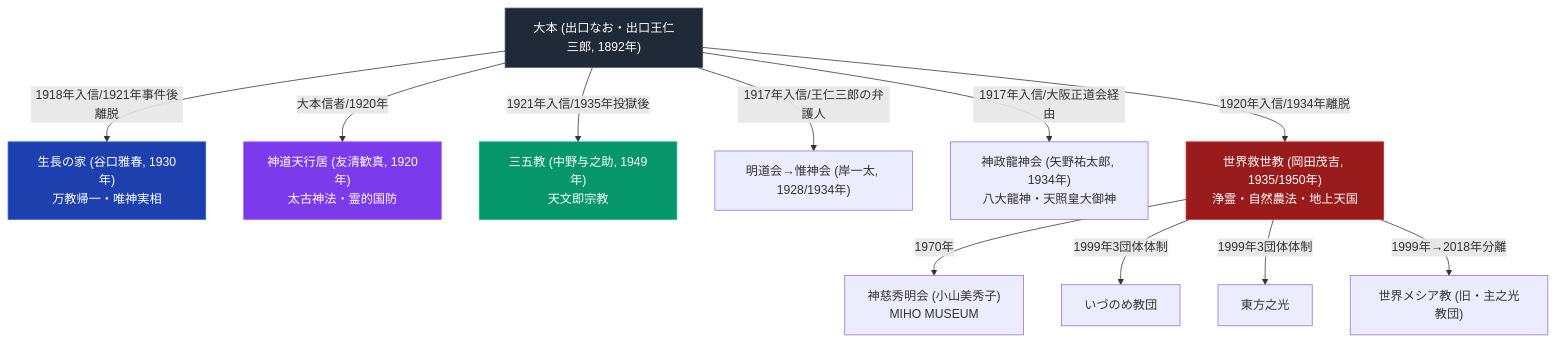
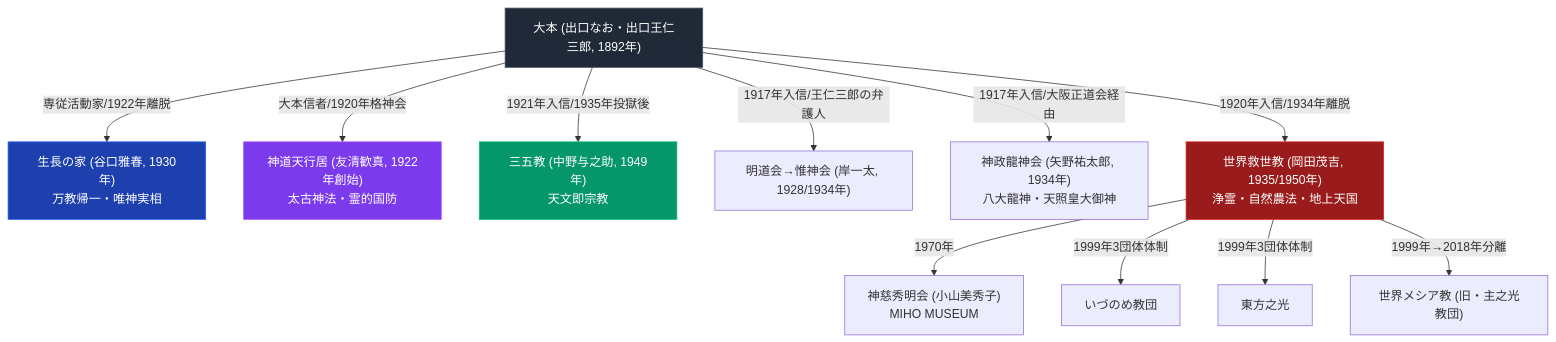
One commit to iida-masashi/religion-garden changed the diagram in content/01_宗派・異端研究/08_比較・史論・ハブ/大本系諸派の教義比較マトリクス.md. Above: the diagram before and after it, drawn with Mermaid. The commit also changed other lines of this file and 251 other files, not shown here.

````diff
--- a/content/01_宗派・異端研究/08_比較・史論・ハブ/大本系諸派の教義比較マトリクス.md
+++ b/content/01_宗派・異端研究/08_比較・史論・ハブ/大本系諸派の教義比較マトリクス.md
@@ -22,19 +24,19 @@
 ```mermaid
 graph TD
-    O["<div style='color:#ffffff;'>大本 (出口なお・出口王仁三郎, 1892年)</div>"] -->|1918年入信/1921年事件後離脱| SN["<div style='color:#ffffff;'>生長の家 (谷口雅春, 1930年)<br>万教帰一・唯神実相</div>"]
-    O -->|大本信者/1920年| TK["<div style='color:#ffffff;'>神道天行居 (友清歓真, 1920年)<br>太古神法・霊的国防</div>"]
+    O["<div style='color:#ffffff;'>大本 (出口なお・出口王仁三郎, 1892年)</div>"] -->|専従活動家/1922年離脱| SN["<div style='color:#ffffff;'>生長の家 (谷口雅春, 1930年)<br>万教帰一・唯神実相</div>"]
+    O -->|大本信者/1920年格神会| TK["<div style='color:#ffffff;'>神道天行居 (友清歓真, 1922年創始)<br>太古神法・霊的国防</div>"]
     O -->|1921年入信/1935年投獄後| SG["<div style='color:#ffffff;'>三五教 (中野与之助, 1949年)<br>天文即宗教</div>"]
     O -->|1917年入信/王仁三郎の弁護人| MD["明道会→惟神会 (岸一太, 1928/1934年)"]
     O -->|1917年入信/大阪正道会経由| SR["神政龍神会 (矢野祐太郎, 1934年)<br>八大龍神・天照皇大御神"]
     O -->|1920年入信/1934年離脱| SK["<div style='color:#ffffff;'>世界救世教 (岡田茂吉, 1935/1950年)<br>浄霊・自然農法・地上天国</div>"]
     SK -->|1970年| JS["神慈秀明会 (小山美秀子)<br>MIHO MUSEUM"]
     SK -->|1999年3団体体制| IZ["いづのめ教団"]
     SK -->|1999年3団体体制| TH["東方之光"]
     SK -->|1999年→2018年分離| SM["世界メシア教 (旧・主之光教団)"]
 
     style O fill:#1f2937,stroke:#4b5563,color:#fff
     style SK fill:#991b1b,stroke:#dc2626,color:#fff
     style SN fill:#1e40af,stroke:#2563eb,color:#fff
     style TK fill:#7c3aed,stroke:#a855f7,color:#fff
     style SG fill:#059669,stroke:#10b981,color:#fff
 ```
````
